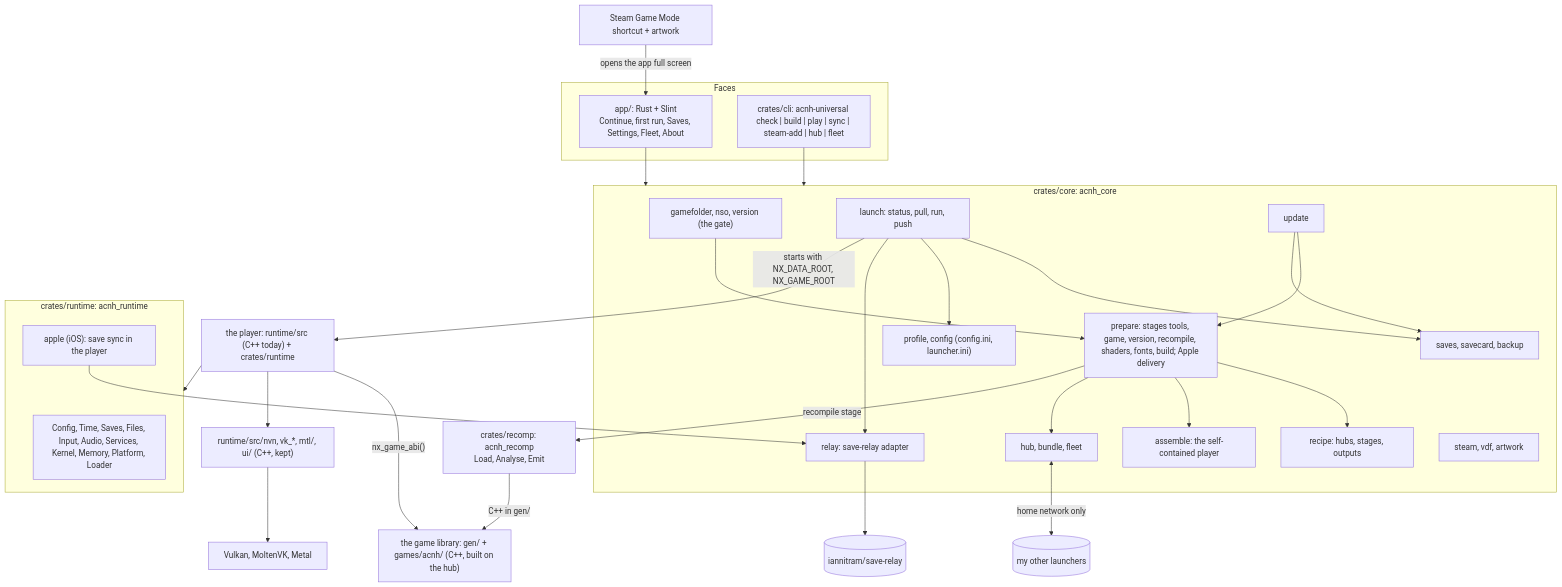
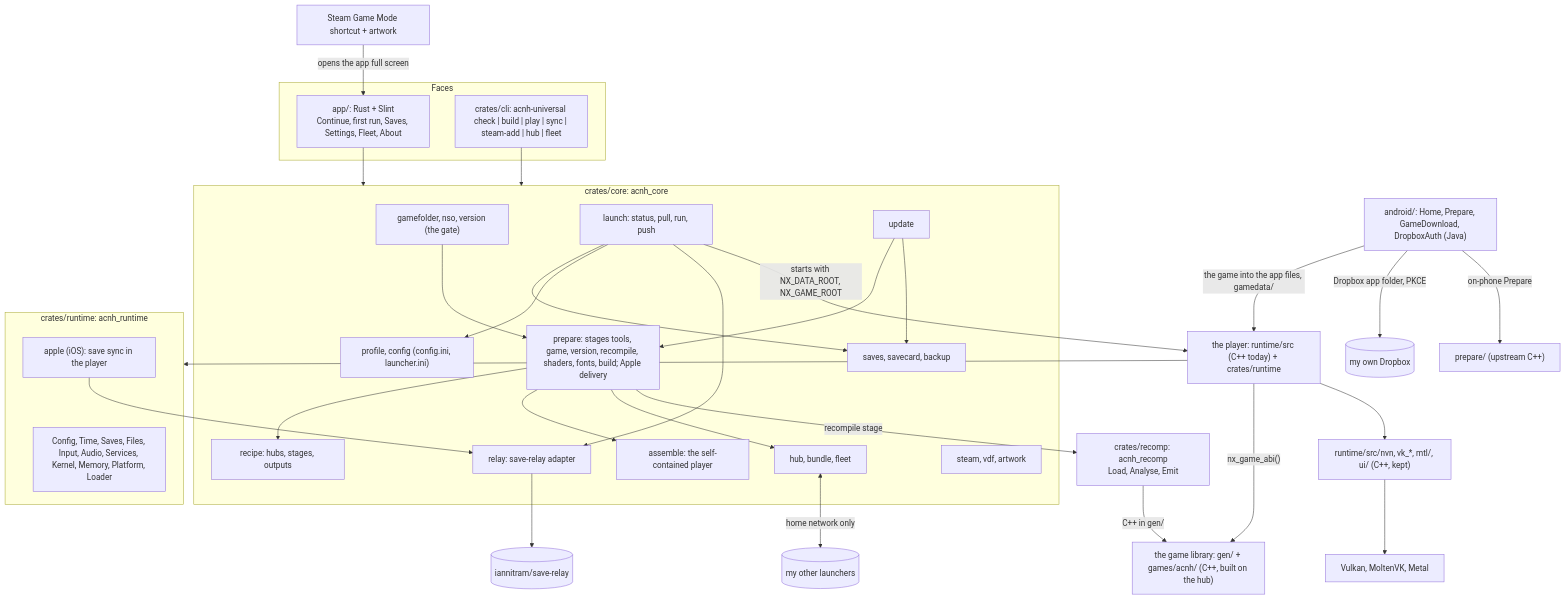
One commit to iannitram/ACNH-Universal changed the diagram in docs/code-map.md. Above: the diagram before and after it, drawn with Mermaid. The commit also changed other lines of this file and 1 other file, not shown here.

First line of the commit message:
docs: revise the roadmap and code map as of 2026-11-23 evening

````diff
--- a/docs/code-map.md
+++ b/docs/code-map.md
@@ -35,36 +44,39 @@
 ```mermaid
 flowchart TD
     subgraph Faces
       App["app/: Rust + Slint<br/>Continue, first run, Saves, Settings, Fleet, About"]
       CLI["crates/cli: acnh-universal check | build | play | sync | steam-add | hub | fleet"]
     end
     Steam["Steam Game Mode shortcut + artwork"] -->|"opens the app full screen"| App
     App --> Core
     CLI --> Core
     subgraph Core["crates/core: acnh_core"]
       Folder["gamefolder, nso, version (the gate)"] --> Prepare["prepare: stages tools, game, version, recompile, shaders, fonts, build; Apple delivery"]
       Prepare --> Recipe["recipe: hubs, stages, outputs"]
       Prepare --> Assemble["assemble: the self-contained player"]
       Launch["launch: status, pull, run, push"] --> Saves["saves, savecard, backup"]
       Launch --> Profile["profile, config (config.ini, launcher.ini)"]
       Launch --> Relay["relay: save-relay adapter"]
       Prepare --> Hub["hub, bundle, fleet"]
       SteamMod["steam, vdf, artwork"]
       Update["update"] --> Prepare
       Update --> Saves
     end
     Prepare -->|"recompile stage"| Recomp["crates/recomp: acnh_recomp<br/>Load, Analyse, Emit"]
     Recomp -->|"C++ in gen/"| GameLib["the game library: gen/ + games/acnh/ (C++, built on the hub)"]
     Launch -->|"starts with NX_DATA_ROOT, NX_GAME_ROOT"| Player["the player: runtime/src (C++ today) + crates/runtime"]
     subgraph Runtime["crates/runtime: acnh_runtime"]
       Svc["Config, Time, Saves, Files, Input, Audio, Services, Kernel, Memory, Platform, Loader"]
       Apple["apple (iOS): save sync in the player"]
     end
     Player --> Runtime
     Apple --> Relay
     Player -->|"nx_game_abi()"| GameLib
     Player --> NVN["runtime/src/nvn, vk_*, mtl/, ui/ (C++, kept)"]
     NVN --> VK["Vulkan, MoltenVK, Metal"]
     Relay --> SR[("iannitram/save-relay")]
+    Shell["android/: Home, Prepare, GameDownload, DropboxAuth (Java)"] -->|"the game into the app files, gamedata/"| Player
+    Shell -->|"Dropbox app folder, PKCE"| DBX[("my own Dropbox")]
+    Shell -->|"on-phone Prepare"| UPrep["prepare/ (upstream C++)"]
     Hub <-->|"home network only"| Peers[("my other launchers")]
 ```
````
